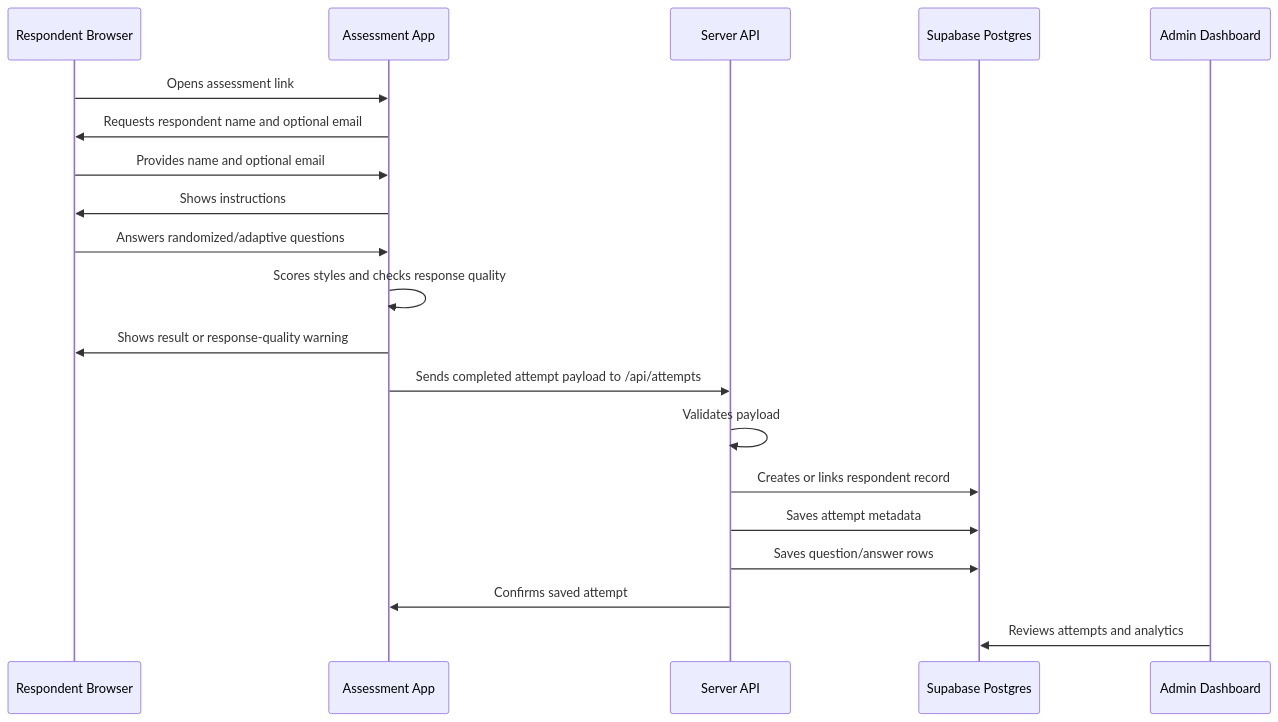
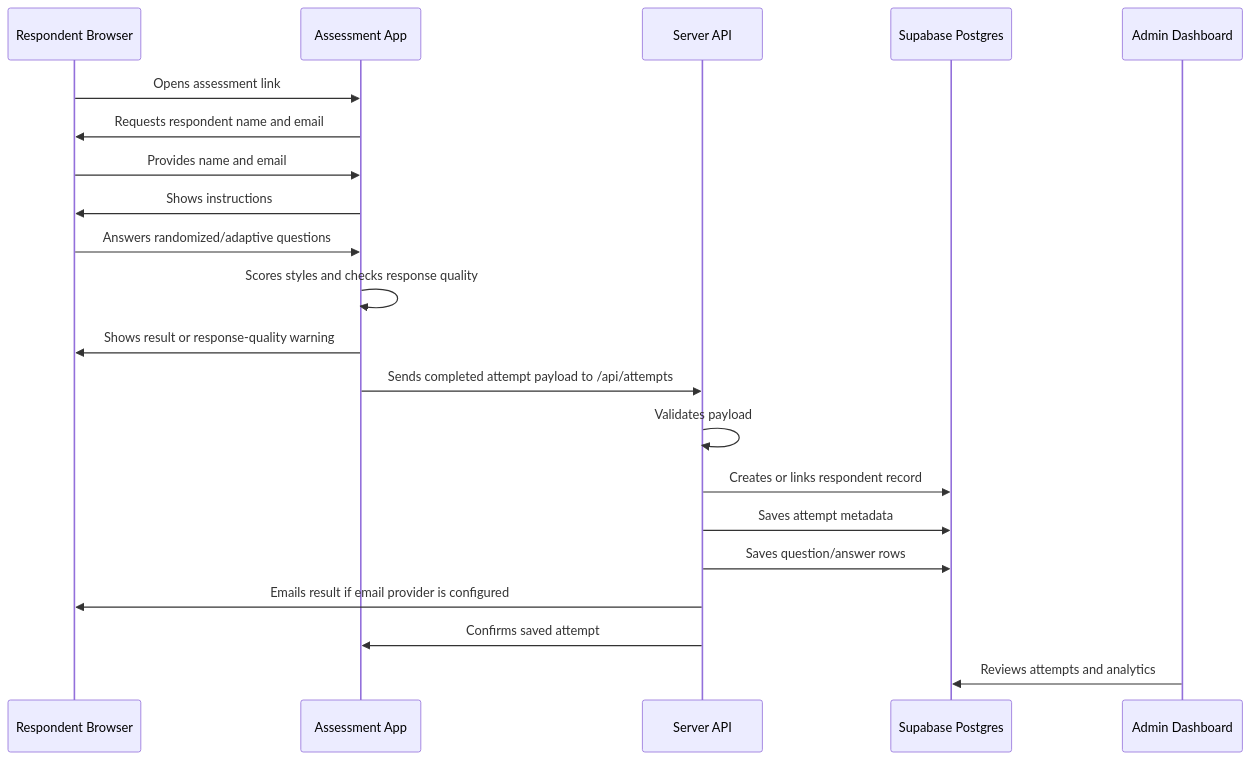
One commit to campojo/2.0_Leadership changed the second of 3 diagrams in ARCHITECTURE_OVERVIEW.md. Above: the diagram before and after it, drawn with Mermaid. The commit also changed other lines of this file and 6 other files, not shown here.

Commit message:
Require email and prepare result emails

````diff
--- a/ARCHITECTURE_OVERVIEW.md
+++ b/ARCHITECTURE_OVERVIEW.md
@@ -79,23 +79,24 @@
 ```mermaid
 sequenceDiagram
   participant R as Respondent Browser
   participant A as Assessment App
   participant API as Server API
   participant DB as Supabase Postgres
   participant Admin as Admin Dashboard
 
   R->>A: Opens assessment link
-  A->>R: Requests respondent name and optional email
-  R->>A: Provides name and optional email
+  A->>R: Requests respondent name and email
+  R->>A: Provides name and email
   A->>R: Shows instructions
   R->>A: Answers randomized/adaptive questions
   A->>A: Scores styles and checks response quality
   A->>R: Shows result or response-quality warning
   A->>API: Sends completed attempt payload to /api/attempts
   API->>API: Validates payload
   API->>DB: Creates or links respondent record
   API->>DB: Saves attempt metadata
   API->>DB: Saves question/answer rows
+  API->>R: Emails result if email provider is configured
   API->>A: Confirms saved attempt
   Admin->>DB: Reviews attempts and analytics
 ```
````
